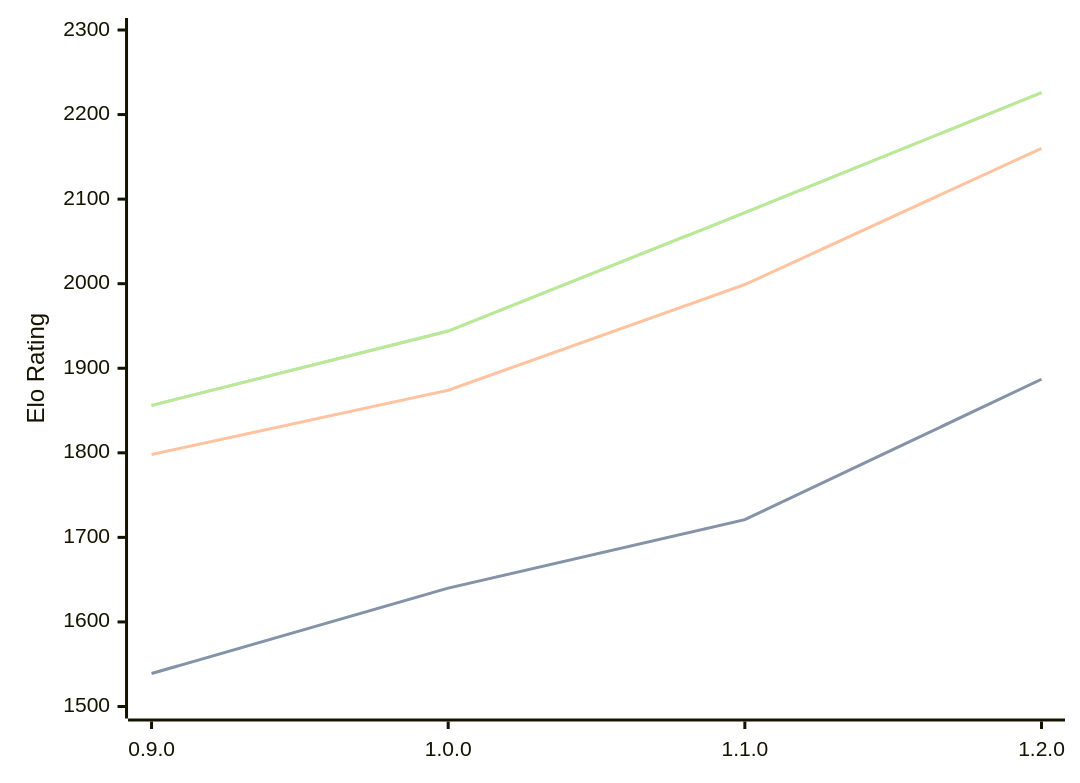
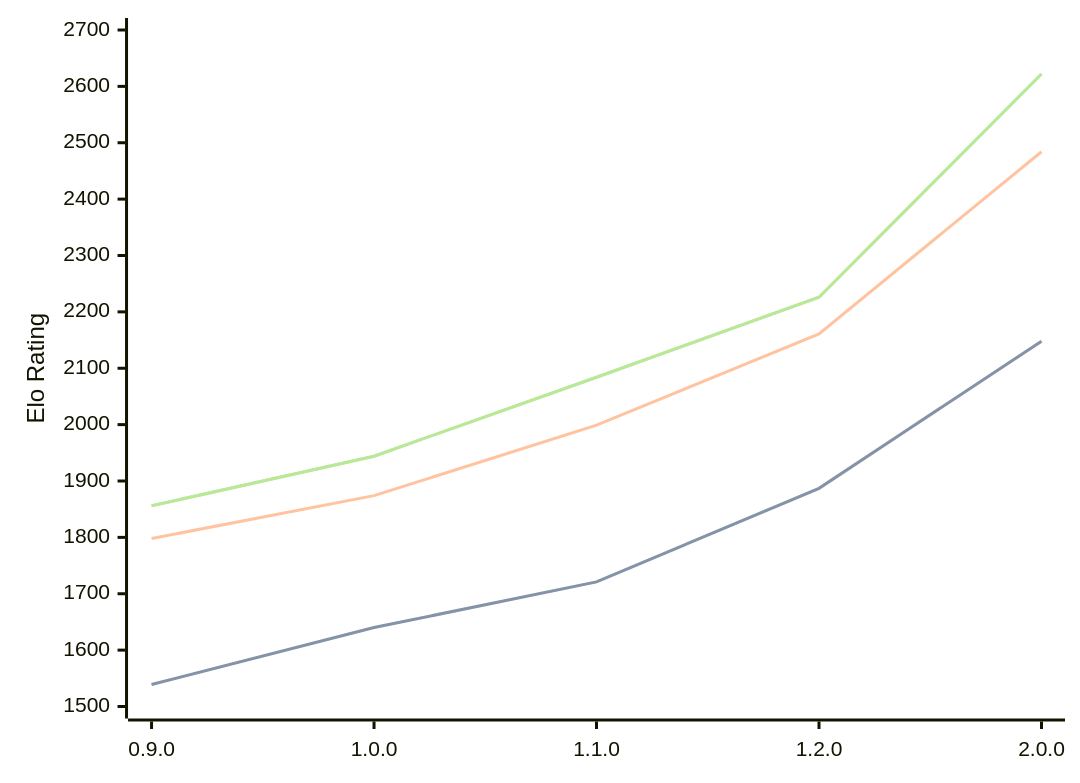
Before and after one commit to computer-chess-index/cci: the third of 3 diagrams in engines/Ratsu.md, drawn with Mermaid. The commit also changed other lines of this file, not shown here.

Commit message:
Update CCI Ratings (ELO VLTC) - 2026-06-22

````diff
--- a/engines/Ratsu.md
+++ b/engines/Ratsu.md
@@ -68,11 +68,11 @@
 ```mermaid
 %%{init: {"theme":"base","themeVariables":{"seriesColors:['#a3a3a3','#222221','#faa371']}}}%%
 xychart-beta
-  x-axis ["0.9.0", "1.0.0", "1.1.0", "1.2.0"]
-  y-axis "Elo Rating" 1500 --> 2300
-  line "STC (8.0+0.08s)" [1539, 1640, 1721, 1887]
-  line "STC (8.0+0.08s)" [1539, 1640, 1721, 1887]
-  line "LTC (60.0+0.60s)" [1798, 1874, 1999, 2160]
-  line "VLTC (2m24s+1.12s)" [1856, 1944, 2084, 2226]
-  line "VLTC (2m24s+1.12s)" [1856, 1944, 2084, 2226]
+  x-axis ["0.9.0", "1.0.0", "1.1.0", "1.2.0", "2.0.0"]
+  y-axis "Elo Rating" 1500 --> 2700
+  line "STC (8.0+0.08s)" [1539, 1640, 1721, 1887, 2148]
+  line "STC (8.0+0.08s)" [1539, 1640, 1721, 1887, 2148]
+  line "LTC (60.0+0.60s)" [1798, 1874, 1999, 2161, 2484]
+  line "VLTC (2m24s+1.12s)" [1856, 1944, 2084, 2226, 2622]
+  line "VLTC (2m24s+1.12s)" [1856, 1944, 2084, 2226, 2622]
 ```
````
